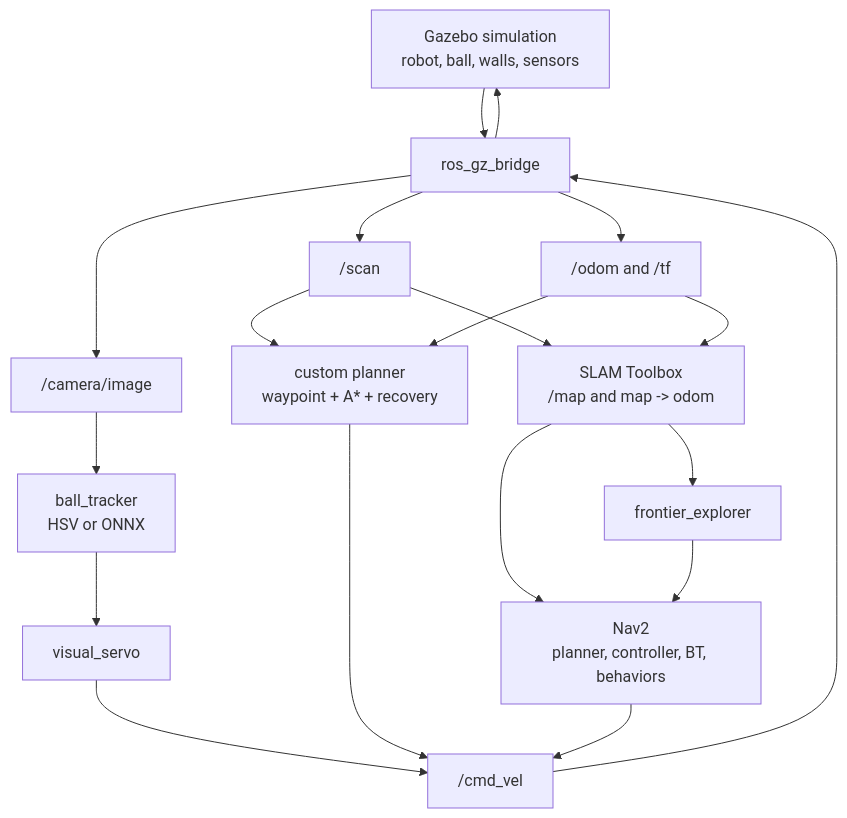
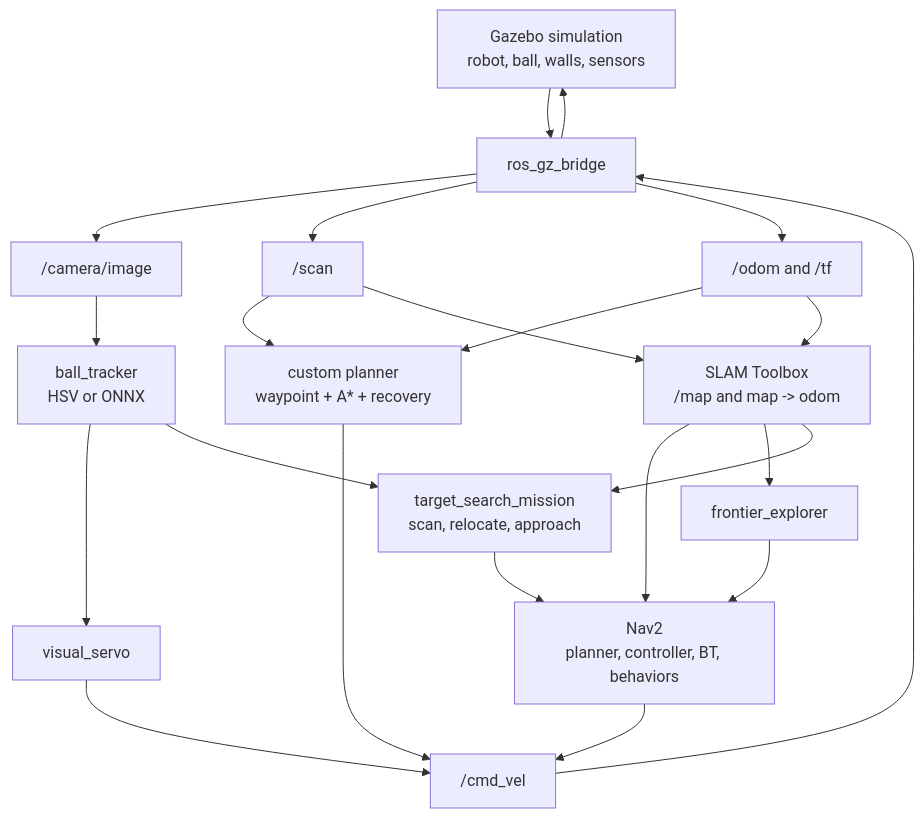
Before and after one commit to nkachalia1/vision-guided-robot: the diagram in README.md, drawn with Mermaid. The commit also changed other lines of this file and 16 other files, not shown here.

Commit message:
Add two-wall target search demo

````diff
--- a/README.md
+++ b/README.md
@@ -57,34 +49,38 @@
 ```mermaid
 flowchart TB
     Gazebo["Gazebo simulation<br/>robot, ball, walls, sensors"]
     Bridge["ros_gz_bridge"]
     Camera["/camera/image"]
     Lidar["/scan"]
     Odom["/odom and /tf"]
     Perception["ball_tracker<br/>HSV or ONNX"]
     VisualServo["visual_servo"]
     CustomNav["custom planner<br/>waypoint + A* + recovery"]
     SLAM["SLAM Toolbox<br/>/map and map -> odom"]
     Nav2["Nav2<br/>planner, controller, BT, behaviors"]
     Explorer["frontier_explorer"]
+    TargetSearch["target_search_mission<br/>scan, relocate, approach"]
     Cmd["/cmd_vel"]
 
     Gazebo --> Bridge
     Bridge --> Camera
     Bridge --> Lidar
     Bridge --> Odom
     Camera --> Perception
     Perception --> VisualServo
     Lidar --> CustomNav
     Odom --> CustomNav
     Lidar --> SLAM
     Odom --> SLAM
     SLAM --> Nav2
     SLAM --> Explorer
+    SLAM --> TargetSearch
     Explorer --> Nav2
+    Perception --> TargetSearch
+    TargetSearch --> Nav2
     VisualServo --> Cmd
     CustomNav --> Cmd
     Nav2 --> Cmd
     Cmd --> Bridge
     Bridge --> Gazebo
 ```
````
